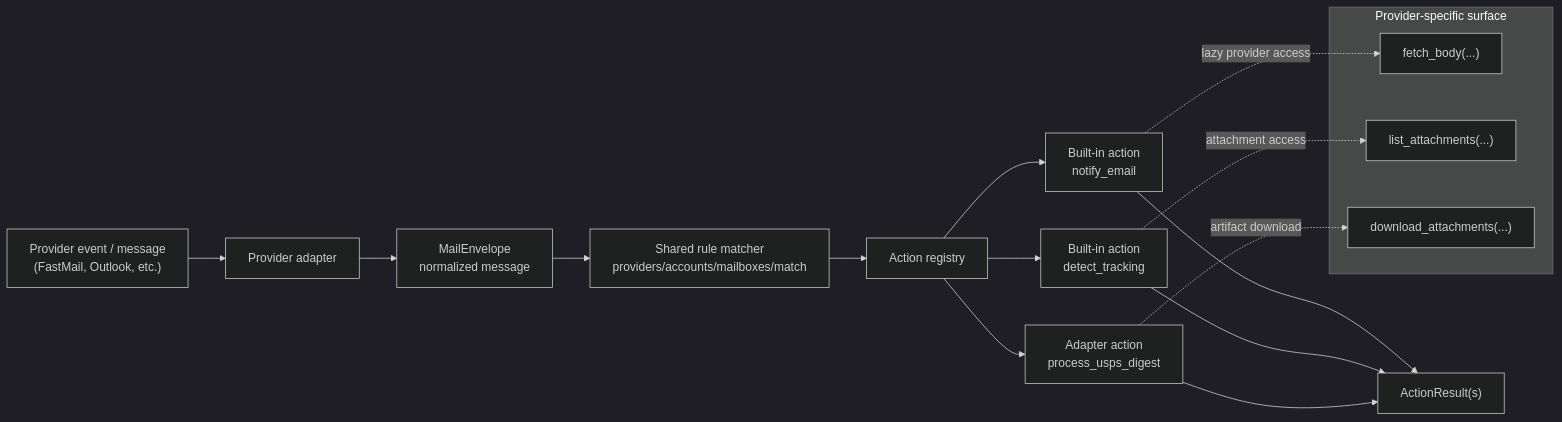
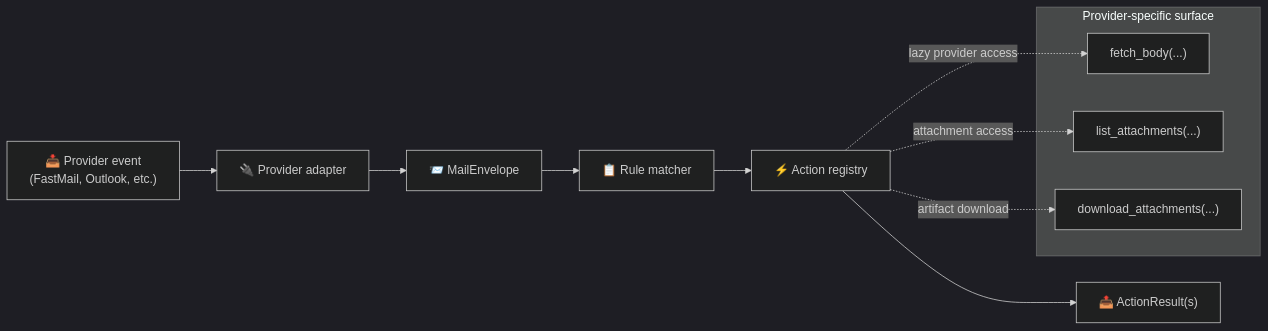
The diagram in libs/ts/mail_runtime_core/README.md (JeffSteinbok/openclaw-hub), drawn with Mermaid (dark theme) before and after one commit. The commit also changed other lines of this file and 46 other files, not shown here.

````diff
--- a/libs/ts/mail_runtime_core/README.md
+++ b/libs/ts/mail_runtime_core/README.md
@@ -33,26 +41,20 @@
 ```mermaid
 flowchart LR
-    raw["Provider event / message<br/>(FastMail, Outlook, etc.)"]
-    adapter["Provider adapter"]
-    envelope["MailEnvelope<br/>normalized message"]
-    rules["Shared rule matcher<br/>providers/accounts/mailboxes/match"]
-    actions["Action registry"]
-    notify["Built-in action<br/>notify_email"]
-    track["Built-in action<br/>detect_tracking"]
-    usps["Adapter action<br/>process_usps_digest"]
-    results["ActionResult(s)"]
+    raw["📥 Provider event<br/>(FastMail, Outlook, etc.)"]
+    adapter["🔌 Provider adapter"]
+    envelope["📨 MailEnvelope"]
+    rules["📋 Rule matcher"]
+    actions["⚡ Action registry"]
+    results["📤 ActionResult(s)"]
 
     subgraph provider["Provider-specific surface"]
         fetch["fetch_body(...)"]
         list["list_attachments(...)"]
         download["download_attachments(...)"]
     end
 
-    raw --> adapter --> envelope --> rules --> actions
-    actions --> notify --> results
-    actions --> track --> results
-    actions --> usps --> results
-    notify -. lazy provider access .-> fetch
-    track -. attachment access .-> list
-    usps -. artifact download .-> download
+    raw --> adapter --> envelope --> rules --> actions --> results
+    actions -. lazy provider access .-> fetch
+    actions -. attachment access .-> list
+    actions -. artifact download .-> download
 ```
````
